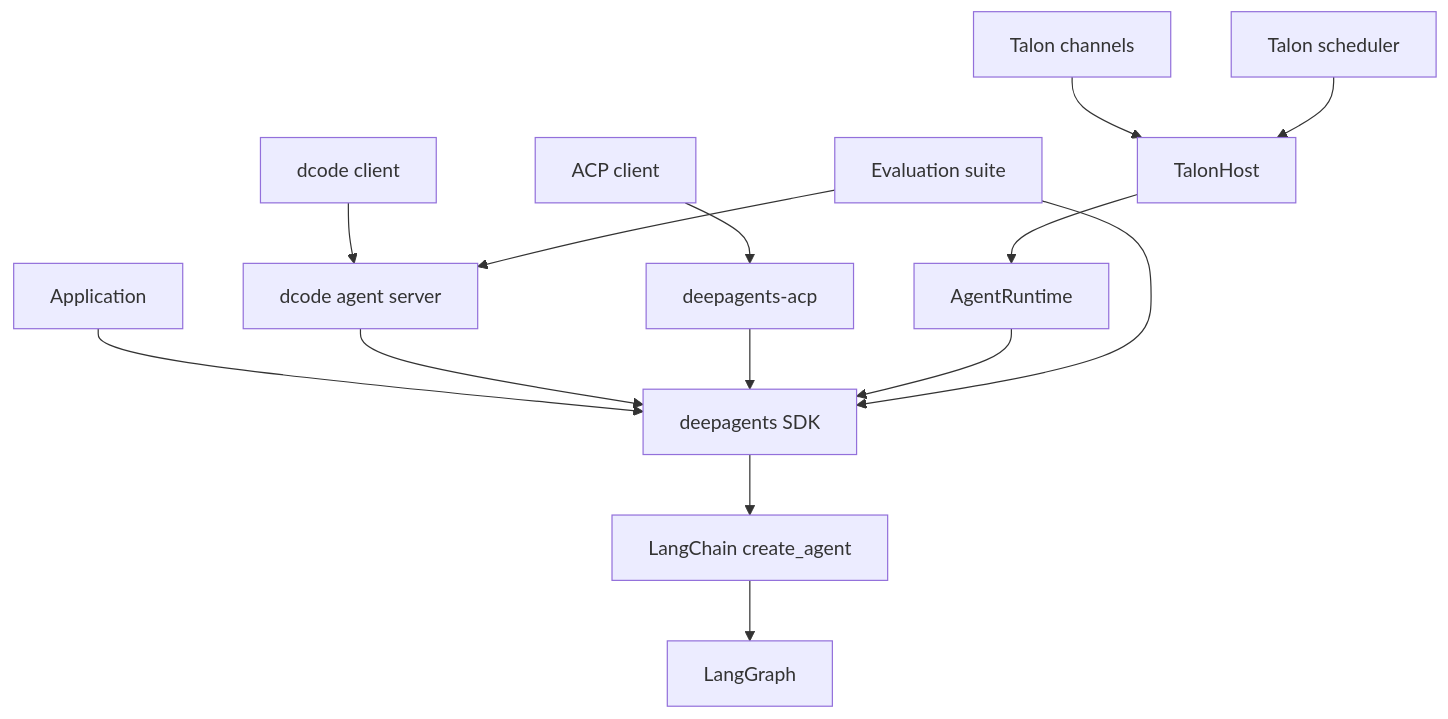
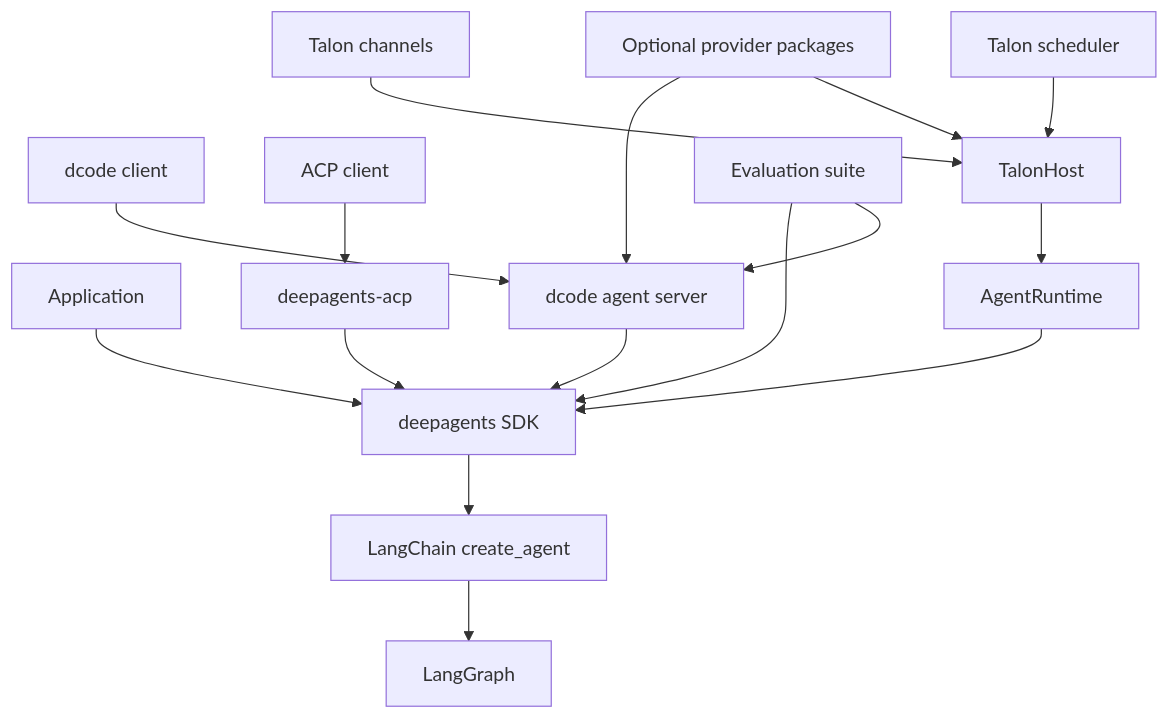
The first of 2 diagrams in openwiki/architecture/overview.md (langchain-ai/deepagents), drawn with Mermaid before and after one commit. The commit also changed other lines of this file and 39 other files, not shown here.

````diff
--- a/openwiki/architecture/overview.md
+++ b/openwiki/architecture/overview.md
@@ -70,16 +71,18 @@
 ```mermaid
 flowchart TD
   App["Application"] --> SDK["deepagents SDK"]
   Client["dcode client"] --> CodeServer["dcode agent server"]
   CodeServer --> SDK
   Editor["ACP client"] --> ACP["deepagents-acp"]
   ACP --> SDK
   Channels["Talon channels"] --> Host["TalonHost"]
   Scheduler["Talon scheduler"] --> Host
   Host --> Runtime["AgentRuntime"]
   Runtime --> SDK
   Evals["Evaluation suite"] --> SDK
   Evals --> CodeServer
+  Partners["Optional provider packages"] --> CodeServer
+  Partners --> Host
   SDK --> LangChain["LangChain create_agent"]
   LangChain --> LangGraph["LangGraph"]
 ```
````
